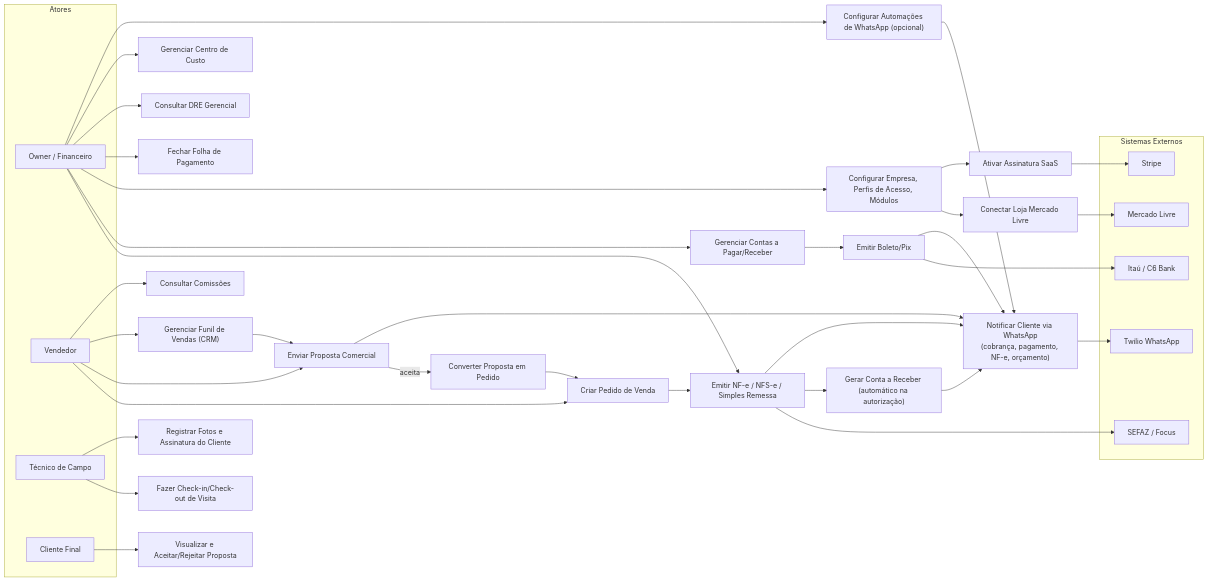
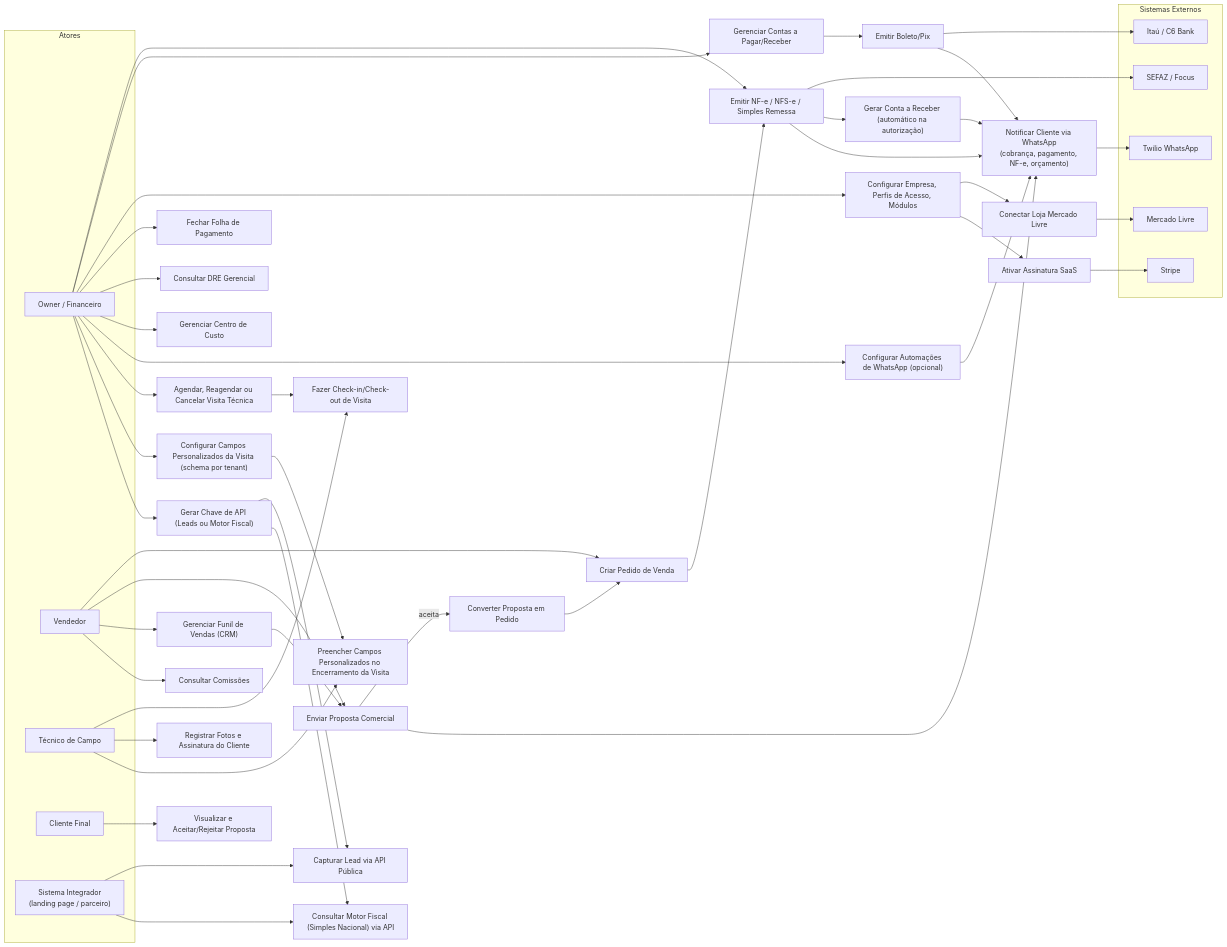
Before and after one commit to gercenioxsilva/erp-lite: the fifth of 21 diagrams in README.md, drawn with Mermaid. The commit also changed other lines of this file, not shown here.

First line of the commit message:
docs(readme): jornada de acesso à doc pública da API + diagramas da Agenda do Técnico

````diff
--- a/README.md
+++ b/README.md
@@ -417,54 +429,66 @@
 ```mermaid
 flowchart LR
     subgraph Atores
         OW["Owner / Financeiro"]
         VD["Vendedor"]
         TC["Técnico de Campo"]
         CL["Cliente Final"]
+        INT["Sistema Integrador\n(landing page / parceiro)"]
     end
 
     subgraph Externos["Sistemas Externos"]
         SF["SEFAZ / Focus"]
         BK["Itaú / C6 Bank"]
         ML["Mercado Livre"]
         ST["Stripe"]
         TW["Twilio WhatsApp"]
     end
 
     OW --> UC1["Emitir NF-e / NFS-e / Simples Remessa"]
     OW --> UC2["Gerenciar Contas a Pagar/Receber"]
     OW --> UC3["Configurar Empresa, Perfis de Acesso, Módulos"]
     OW --> UC4["Fechar Folha de Pagamento"]
     OW --> UC5["Consultar DRE Gerencial"]
     OW --> UC6["Gerenciar Centro de Custo"]
     OW --> UC19["Configurar Automações de WhatsApp (opcional)"]
+    OW --> UC21["Agendar, Reagendar ou Cancelar Visita Técnica"]
+    OW --> UC22["Configurar Campos Personalizados da Visita (schema por tenant)"]
+    OW --> UC24["Gerar Chave de API (Leads ou Motor Fiscal)"]
 
     VD --> UC7["Criar Pedido de Venda"]
     VD --> UC8["Enviar Proposta Comercial"]
     VD --> UC9["Gerenciar Funil de Vendas (CRM)"]
     VD --> UC10["Consultar Comissões"]
 
     TC --> UC11["Fazer Check-in/Check-out de Visita"]
     TC --> UC12["Registrar Fotos e Assinatura do Cliente"]
+    TC --> UC23["Preencher Campos Personalizados no Encerramento da Visita"]
 
     CL --> UC13["Visualizar e Aceitar/Rejeitar Proposta"]
+
+    INT --> UC25["Capturar Lead via API Pública"]
+    INT --> UC26["Consultar Motor Fiscal (Simples Nacional) via API"]
 
     UC1 --> SF
     UC1 --> UC14["Gerar Conta a Receber (automático na autorização)"]
     UC2 --> UC15["Emitir Boleto/Pix"]
     UC15 --> BK
     UC9 --> UC8
     UC8 -->|aceita| UC16["Converter Proposta em Pedido"]
     UC16 --> UC7
     UC7 --> UC1
     UC3 --> UC17["Conectar Loja Mercado Livre"]
     UC17 --> ML
     UC3 --> UC18["Ativar Assinatura SaaS"]
     UC18 --> ST
     UC19 --> UC20["Notificar Cliente via WhatsApp\n(cobrança, pagamento, NF-e, orçamento)"]
     UC14 --> UC20
     UC15 --> UC20
     UC1 --> UC20
     UC8 --> UC20
     UC20 --> TW
+    UC22 --> UC23
+    UC21 --> UC11
+    UC24 --> UC25
+    UC24 --> UC26
 ```
````
